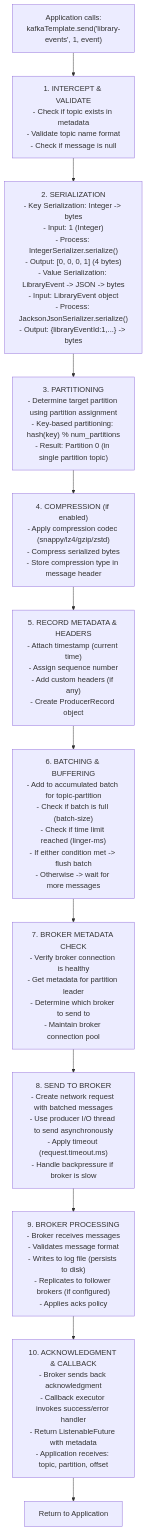
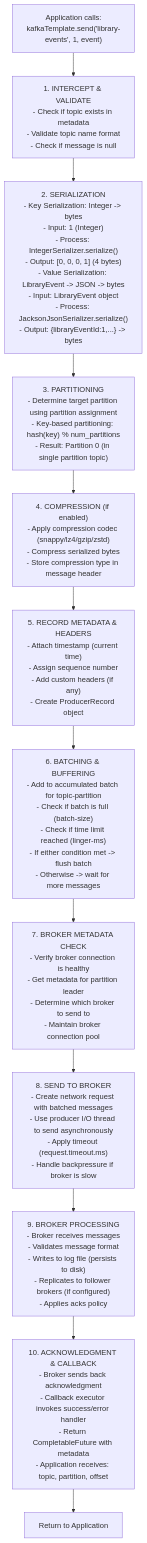
One commit to dilipsundarraj1/kafka-for-developers-using-spring-boot-v2 changed the fourth of 17 diagrams in library-events-producer-v2/docs/4_KAFKA_TEMPLATE_GUIDE.md. Above: the diagram before and after it, drawn with Mermaid. The commit also changed other lines of this file, not shown here.

Commit message:
feat: update KafkaTemplate documentation to reflect CompletableFuture usage

````diff
--- a/library-events-producer-v2/docs/4_KAFKA_TEMPLATE_GUIDE.md
+++ b/library-events-producer-v2/docs/4_KAFKA_TEMPLATE_GUIDE.md
@@ -602,17 +602,17 @@
 ```mermaid
 flowchart TB
     A["Application calls:<br/>kafkaTemplate.send('library-events', 1, event)"]
     S1["1. INTERCEPT & VALIDATE<br/>- Check if topic exists in metadata<br/>- Validate topic name format<br/>- Check if message is null"]
     S2["2. SERIALIZATION<br/>- Key Serialization: Integer -> bytes<br/>- Input: 1 (Integer)<br/>- Process: IntegerSerializer.serialize()<br/>- Output: [0, 0, 0, 1] (4 bytes)<br/>- Value Serialization: LibraryEvent -> JSON -> bytes<br/>- Input: LibraryEvent object<br/>- Process: JacksonJsonSerializer.serialize()<br/>- Output: {libraryEventId:1,...} -> bytes"]
     S3["3. PARTITIONING<br/>- Determine target partition using partition assignment<br/>- Key-based partitioning: hash(key) % num_partitions<br/>- Result: Partition 0 (in single partition topic)"]
     S4["4. COMPRESSION (if enabled)<br/>- Apply compression codec (snappy/lz4/gzip/zstd)<br/>- Compress serialized bytes<br/>- Store compression type in message header"]
     S5["5. RECORD METADATA & HEADERS<br/>- Attach timestamp (current time)<br/>- Assign sequence number<br/>- Add custom headers (if any)<br/>- Create ProducerRecord object"]
     S6["6. BATCHING & BUFFERING<br/>- Add to accumulated batch for topic-partition<br/>- Check if batch is full (batch-size)<br/>- Check if time limit reached (linger-ms)<br/>- If either condition met -> flush batch<br/>- Otherwise -> wait for more messages"]
     S7["7. BROKER METADATA CHECK<br/>- Verify broker connection is healthy<br/>- Get metadata for partition leader<br/>- Determine which broker to send to<br/>- Maintain broker connection pool"]
     S8["8. SEND TO BROKER<br/>- Create network request with batched messages<br/>- Use producer I/O thread to send asynchronously<br/>- Apply timeout (request.timeout.ms)<br/>- Handle backpressure if broker is slow"]
     S9["9. BROKER PROCESSING<br/>- Broker receives messages<br/>- Validates message format<br/>- Writes to log file (persists to disk)<br/>- Replicates to follower brokers (if configured)<br/>- Applies acks policy"]
-    S10["10. ACKNOWLEDGMENT & CALLBACK<br/>- Broker sends back acknowledgment<br/>- Callback executor invokes success/error handler<br/>- Return ListenableFuture with metadata<br/>- Application receives: topic, partition, offset"]
+    S10["10. ACKNOWLEDGMENT & CALLBACK<br/>- Broker sends back acknowledgment<br/>- Callback executor invokes success/error handler<br/>- Return CompletableFuture with metadata<br/>- Application receives: topic, partition, offset"]
     R["Return to Application"]
 
     A --> S1 --> S2 --> S3 --> S4 --> S5 --> S6 --> S7 --> S8 --> S9 --> S10 --> R
 ```
````
